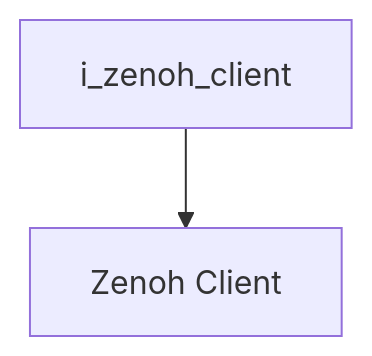
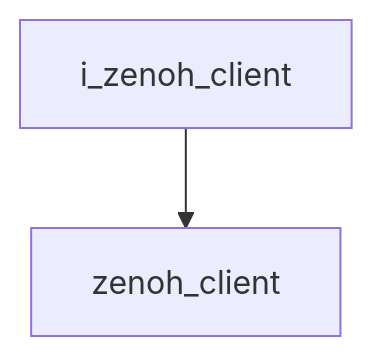
The second of 2 diagrams in docs/codebase/namespaces/utility/interfaces/i_zenoh_client.md (kasper-szczerba/autonomous_control_system_wiki), drawn with Mermaid before and after one commit. The commit also changed other lines of this file and 41 other files, not shown here.

````diff
--- a/docs/codebase/namespaces/utility/interfaces/i_zenoh_client.md
+++ b/docs/codebase/namespaces/utility/interfaces/i_zenoh_client.md
@@ -25,5 +23,5 @@
 ```mermaid
 graph TD
     i_zenoh_client["i_zenoh_client"]
-    i_zenoh_client["i_zenoh_client"] --> zenoh_client["Zenoh Client"]
+    i_zenoh_client["i_zenoh_client"] --> zenoh_client["zenoh_client"]
 ```
````
